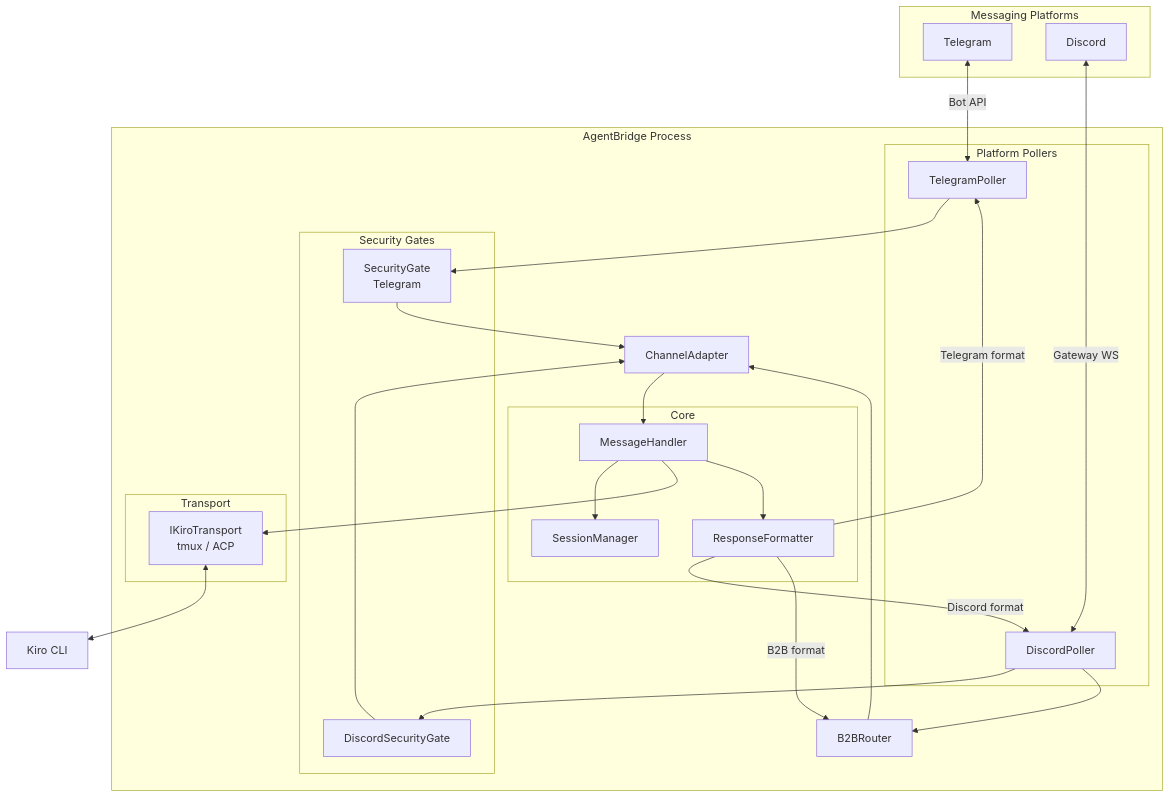
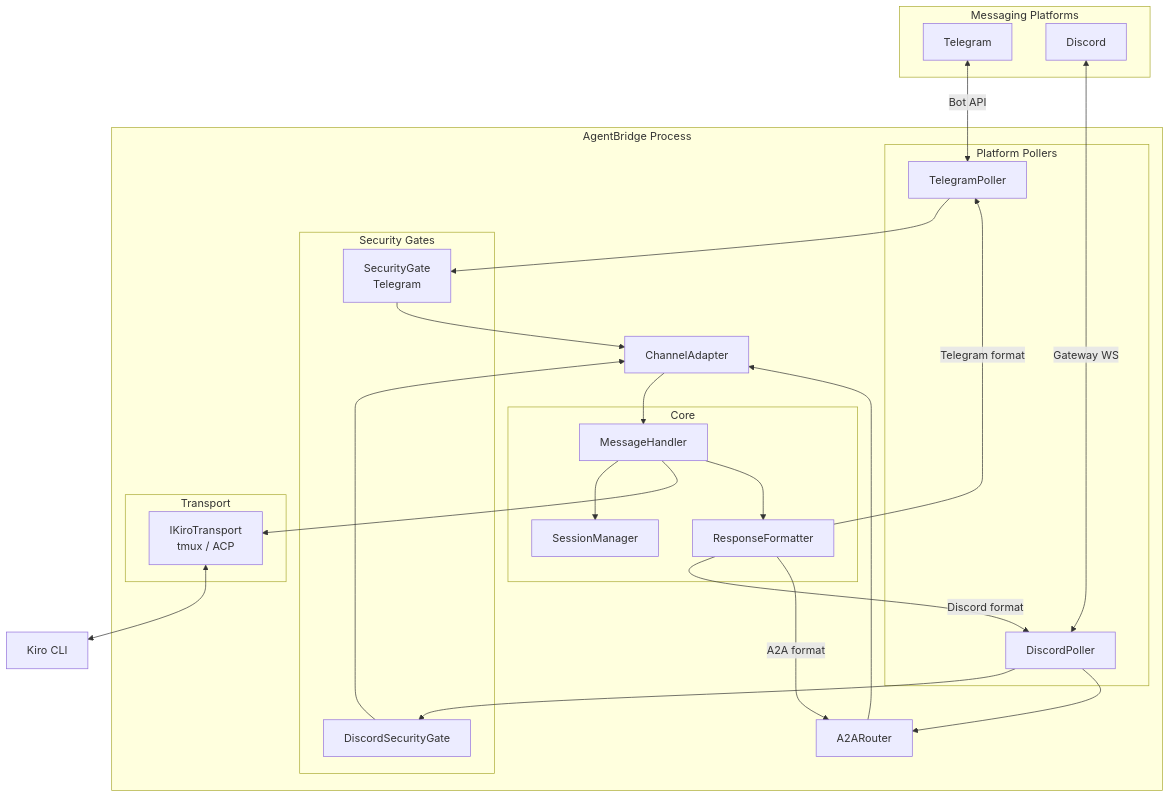
One commit to aksika/abtars changed the first of 2 diagrams in docs/specs/discord-bot-communication/design.md. Above: the diagram before and after it, drawn with Mermaid. The commit also changed other lines of this file and 11 other files, not shown here.

````diff
--- a/docs/specs/discord-bot-communication/design.md
+++ b/docs/specs/discord-bot-communication/design.md
@@ -19,55 +19,55 @@
 ```mermaid
 graph TB
     subgraph "Messaging Platforms"
         TG[Telegram]
         DC[Discord]
     end
 
     subgraph "AgentBridge Process"
         subgraph "Platform Pollers"
             TP[TelegramPoller]
             DP[DiscordPoller]
         end
 
         subgraph "Security Gates"
             TSG[SecurityGate<br/>Telegram]
             DSG[DiscordSecurityGate]
         end
 
         CA[ChannelAdapter]
-        B2B[B2BRouter]
+        A2A[A2ARouter]
 
         subgraph "Core"
             MH[MessageHandler]
             SM[SessionManager]
             RF[ResponseFormatter]
         end
 
         subgraph "Transport"
             KT[IKiroTransport<br/>tmux / ACP]
         end
     end
 
     KC[Kiro CLI]
 
     TG <-->|Bot API| TP
     DC <-->|Gateway WS| DP
 
     TP --> TSG
     DP --> DSG
-    DP --> B2B
+    DP --> A2A
 
     TSG --> CA
     DSG --> CA
-    B2B --> CA
+    A2A --> CA
 
     CA --> MH
     MH --> SM
     MH --> KT
     KT <--> KC
 
     MH --> RF
     RF -->|Telegram format| TP
     RF -->|Discord format| DP
-    RF -->|B2B format| B2B
+    RF -->|A2A format| A2A
 ```
````
